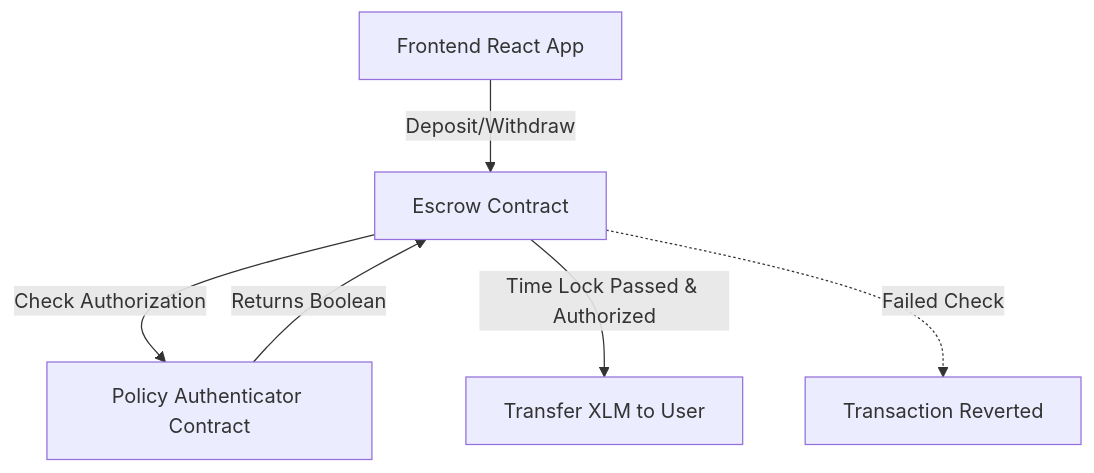
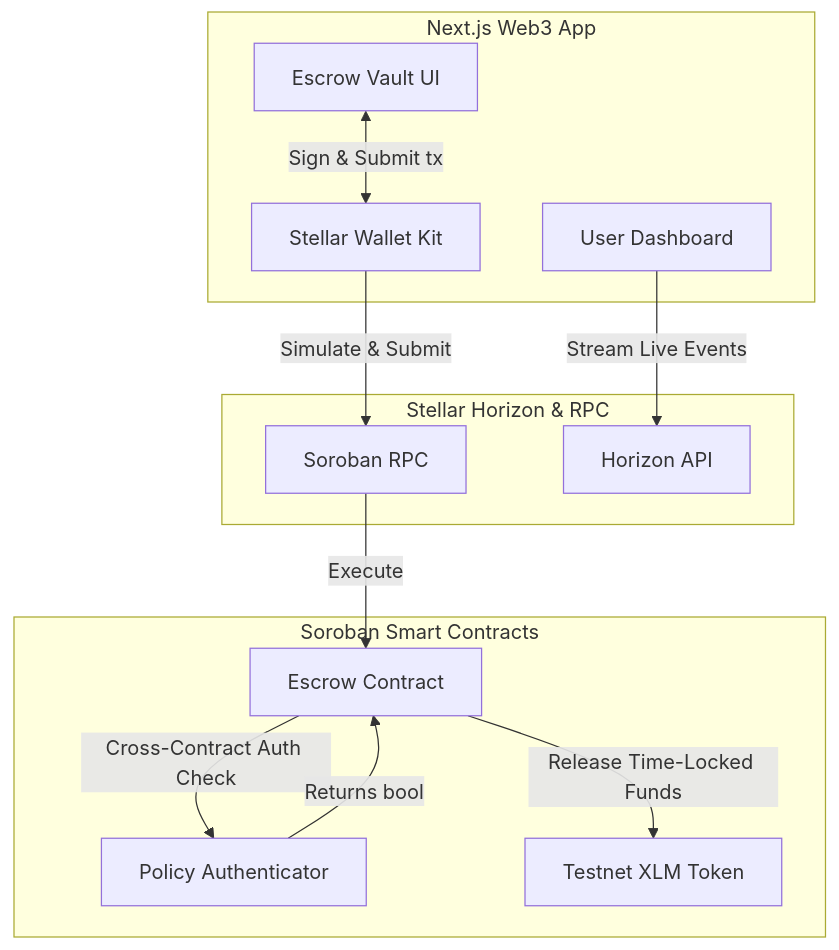
The diagram in README.md (Be-bibek/demo-Dapp-web3), drawn with Mermaid before and after one commit. The commit also changed other lines of this file and 7 other files, not shown here.

````diff
--- a/README.md
+++ b/README.md
@@ -78,8 +136,28 @@
 ```mermaid
 graph TD;
-    A[Frontend React App] -->|Deposit/Withdraw| B[Escrow Contract]
-    B -->|Check Authorization| C[Policy Authenticator Contract]
-    C -->|Returns Boolean| B
-    B -->|Time Lock Passed & Authorized| D[Transfer XLM to User]
-    B -.->|Failed Check| E[Transaction Reverted]
+    subgraph Frontend [Next.js Web3 App]
+        A[User Dashboard]
+        B[Escrow Vault UI]
+        C[Stellar Wallet Kit]
+    end
+
+    subgraph Stellar Horizon & RPC
+        D[Soroban RPC]
+        E[Horizon API]
+    end
+
+    subgraph Soroban Smart Contracts
+        F[Escrow Contract]
+        G[Policy Authenticator]
+        H[Testnet XLM Token]
+    end
+
+    B <-->|Sign & Submit tx| C
+    C -->|Simulate & Submit| D
+    A -->|Stream Live Events| E
+
+    D -->|Execute| F
+    F -->|Cross-Contract Auth Check| G
+    G -->|Returns bool| F
+    F -->|Release Time-Locked Funds| H
 ```
````
